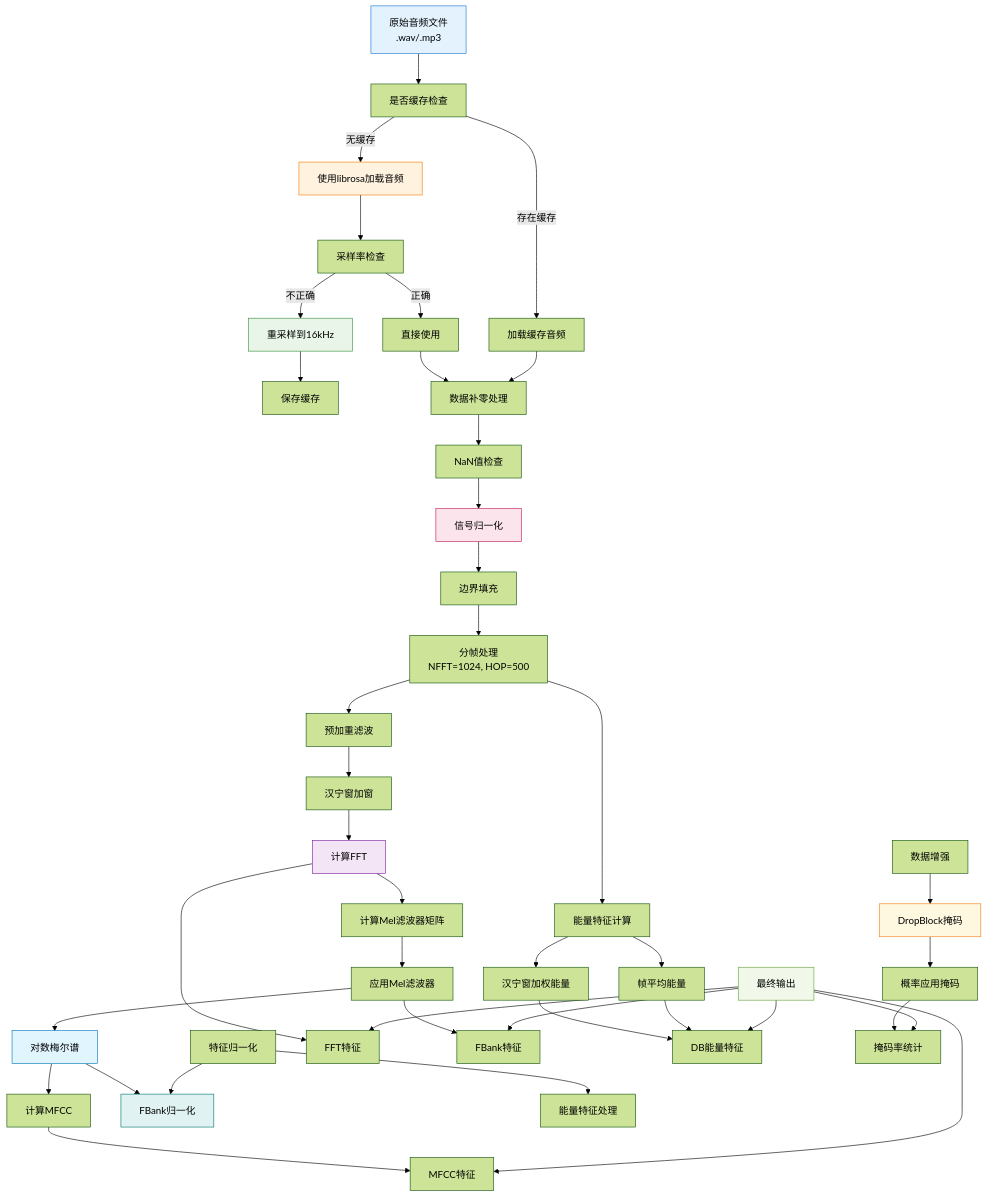
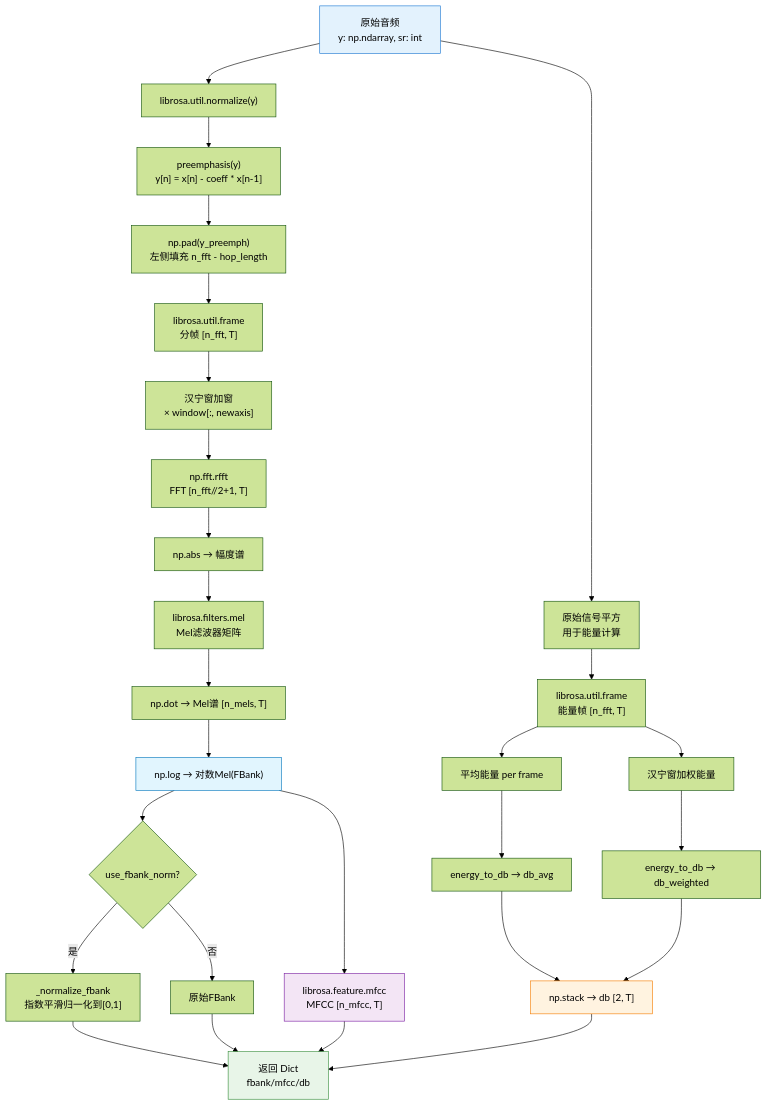
One commit to pkuCactus/crydet changed the second of 3 diagrams in docs/feature_extraction_flow.md. Above: the diagram before and after it, drawn with Mermaid (forest theme). The commit also changed other lines of this file and 1 other file, not shown here.

````diff
--- a/docs/feature_extraction_flow.md
+++ b/docs/feature_extraction_flow.md
@@ -75,57 +59,40 @@
 ```mermaid
 flowchart TD
-    A["原始音频文件\n.wav/.mp3"] --> B[是否缓存检查]
-    B -->|存在缓存| C[加载缓存音频]
-    B -->|无缓存| D[使用librosa加载音频]
-    D --> E[采样率检查]
-    E -->|不正确| F[重采样到16kHz]
-    F --> G[保存缓存]
-    E -->|正确| H[直接使用]
-    C --> I[数据补零处理]
-    H --> I
-    I --> J[NaN值检查]
-    J --> K[信号归一化]
-    K --> L[边界填充]
-    L --> M["分帧处理\nNFFT=1024, HOP=500"]
-    M --> N[预加重滤波]
-    N --> O[汉宁窗加窗]
-    O --> P[计算FFT]
-    P --> Q[计算Mel滤波器矩阵]
-    Q --> R[应用Mel滤波器]
-    R --> S[对数梅尔谱]
-    S --> T[计算MFCC]
+    A["原始音频\ny: np.ndarray, sr: int"] --> B["librosa.util.normalize(y)"]
+    B --> C["preemphasis(y)\ny[n] = x[n] - coeff * x[n-1]"]
+    C --> D["np.pad(y_preemph)\n左侧填充 n_fft - hop_length"]
+    D --> E["librosa.util.frame\n分帧 [n_fft, T]"]
 
-    U[能量特征计算] --> V[帧平均能量]
-    U --> W[汉宁窗加权能量]
+    A --> F["原始信号平方\n用于能量计算"]
+    F --> G["librosa.util.frame\n能量帧 [n_fft, T]"]
 
-    X[特征归一化] --> Y[FBank归一化]
-    X --> Z[能量特征处理]
+    E --> H["汉宁窗加窗\n× window[:, newaxis]"]
+    H --> I["np.fft.rfft\nFFT [n_fft//2+1, T]"]
+    I --> J["np.abs → 幅度谱"]
+    J --> K["librosa.filters.mel\nMel滤波器矩阵"]
+    K --> L["np.dot → Mel谱 [n_mels, T]"]
+    L --> M["np.log → 对数Mel(FBank)"]
+    M --> N["librosa.feature.mfcc\nMFCC [n_mfcc, T]"]
 
-    AA[数据增强] --> BB[DropBlock掩码]
-    BB --> CC[概率应用掩码]
+    G --> O["平均能量 per frame"]
+    G --> P["汉宁窗加权能量"]
+    O --> Q["energy_to_db → db_avg"]
+    P --> R["energy_to_db → db_weighted"]
+    Q --> S["np.stack → db [2, T]"]
+    R --> S
 
-    DD[最终输出] --> EE[FFT特征]
-    DD --> FF[FBank特征]
-    DD --> GG[MFCC特征]
-    DD --> HH[DB能量特征]
-    DD --> II[掩码率统计]
+    M --> T{use_fbank_norm?}
+    T -->|是| U["_normalize_fbank\n指数平滑归一化到[0,1]"]
+    T -->|否| V["原始FBank"]
 
-    M --> U
-    S --> Y
-    P --> EE
-    R --> FF
-    T --> GG
-    V --> HH
-    W --> HH
-    CC --> II
+    U --> W["返回 Dict\nfbank/mfcc/db"]
+    V --> W
+    N --> W
+    S --> W
 
     style A fill:#e3f2fd,stroke:#1976d2
-    style D fill:#fff3e0,stroke:#f57c00
-    style F fill:#e8f5e8,stroke:#388e3c
-    style K fill:#fce4ec,stroke:#c2185b
-    style P fill:#f3e5f5,stroke:#7b1fa2
-    style S fill:#e1f5fe,stroke:#0277bd
-    style Y fill:#e0f2f1,stroke:#00796b
-    style BB fill:#fff8e1,stroke:#f57f17
-    style DD fill:#f1f8e9,stroke:#689f38
+    style M fill:#e1f5fe,stroke:#0277bd
+    style N fill:#f3e5f5,stroke:#7b1fa2
+    style S fill:#fff3e0,stroke:#f57c00
+    style W fill:#e8f5e8,stroke:#388e3c
 ```
````
